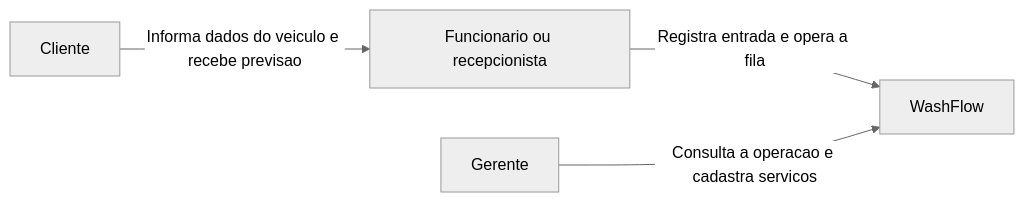
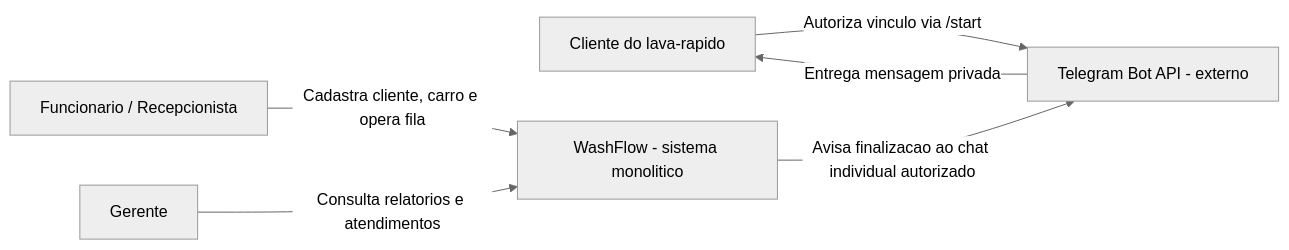
One commit to Ruan-dev-back/WashFlow-SOLID changed the diagram in docs/c4-nivel1-contexto.mmd. Above: the diagram before and after it, drawn with Mermaid (neutral theme). The commit also changed 5 other files, not shown here.

Commit message:
feat: permitir vinculo Telegram individual na recepcao e alinhar documentacao

```diff
--- a/docs/c4-nivel1-contexto.mmd
+++ b/docs/c4-nivel1-contexto.mmd
@@ -1,9 +1,11 @@
 flowchart LR
-    Cliente[Cliente]
-    Atendente[Funcionario ou recepcionista]
-    Gerente[Gerente]
-    WashFlow[WashFlow]
-
-    Cliente -->|Informa dados do veiculo e recebe previsao| Atendente
-    Atendente -->|Registra entrada e opera a fila| WashFlow
-    Gerente -->|Consulta a operacao e cadastra servicos| WashFlow
+    Cliente["Cliente do lava-rapido"]
+    Atendente["Funcionario / Recepcionista"]
+    Gerente["Gerente"]
+    WashFlow["WashFlow - sistema monolitico"]
+    Telegram["Telegram Bot API - externo"]
+    Cliente -->|"Autoriza vinculo via /start"| Telegram
+    Atendente -->|"Cadastra cliente, carro e opera fila"| WashFlow
+    Gerente -->|"Consulta relatorios e atendimentos"| WashFlow
+    WashFlow -->|"Avisa finalizacao ao chat individual autorizado"| Telegram
+    Telegram -->|"Entrega mensagem privada"| Cliente
```
